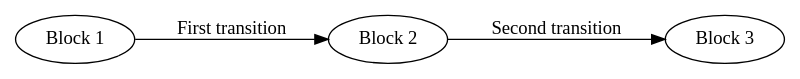
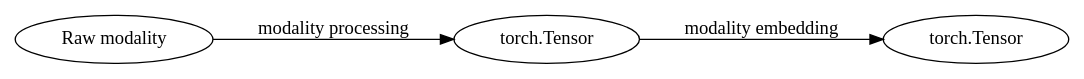
Before and after one commit to EPFLiGHT/MultiMeditron: the diagram in docs/source/guides/add_modality.rst, drawn with Graphviz. The commit also changed 1 other file, not shown here.

Commit message:
Change visu

```diff
--- a/docs/source/guides/add_modality.rst
+++ b/docs/source/guides/add_modality.rst
@@ -24,12 +24,12 @@
 .. graphviz::
 
    digraph G {
        rankdir=LR;
 
-       A [label="Block 1"];
-       B [label="Block 2"];
-       C [label="Block 3"];
+       A [label="Raw modality"];
+       B [label="torch.Tensor"];
+       C [label="torch.Tensor"];
 
-       A -> B [label="First transition"];
-       B -> C [label="Second transition"];
+       A -> B [label="modality processing"];
+       B -> C [label="modality embedding"];
    }
```
